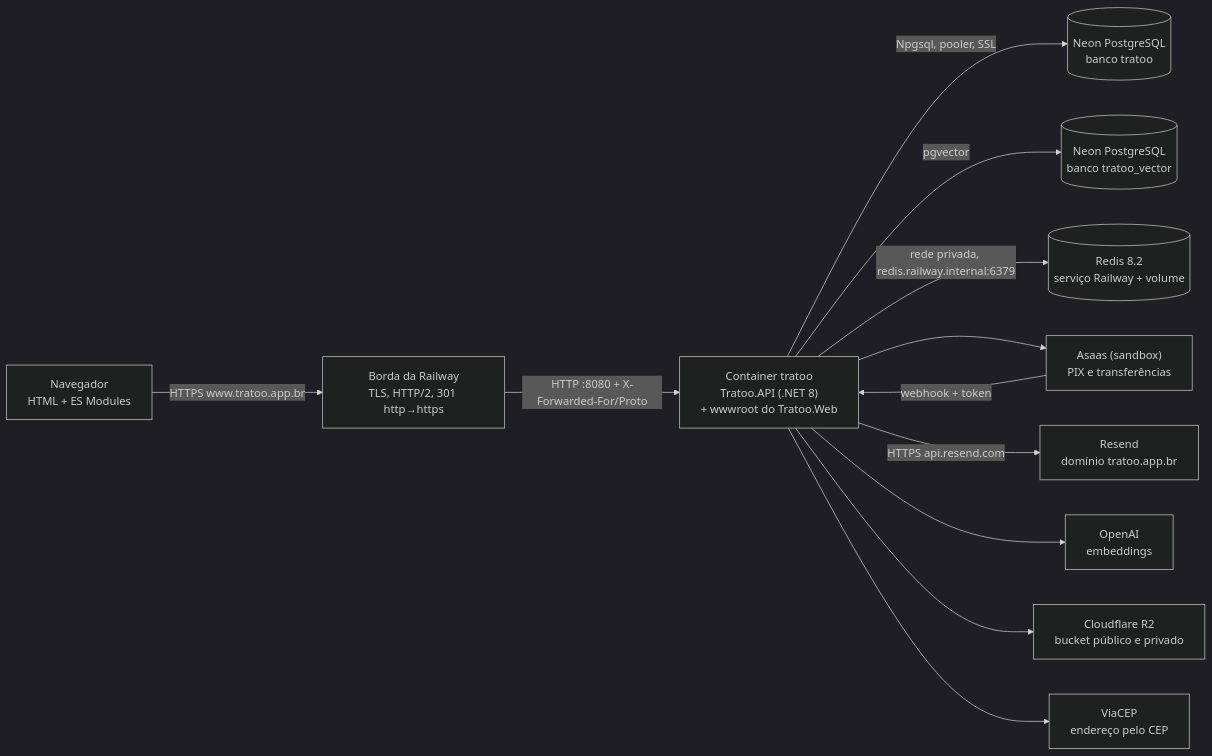
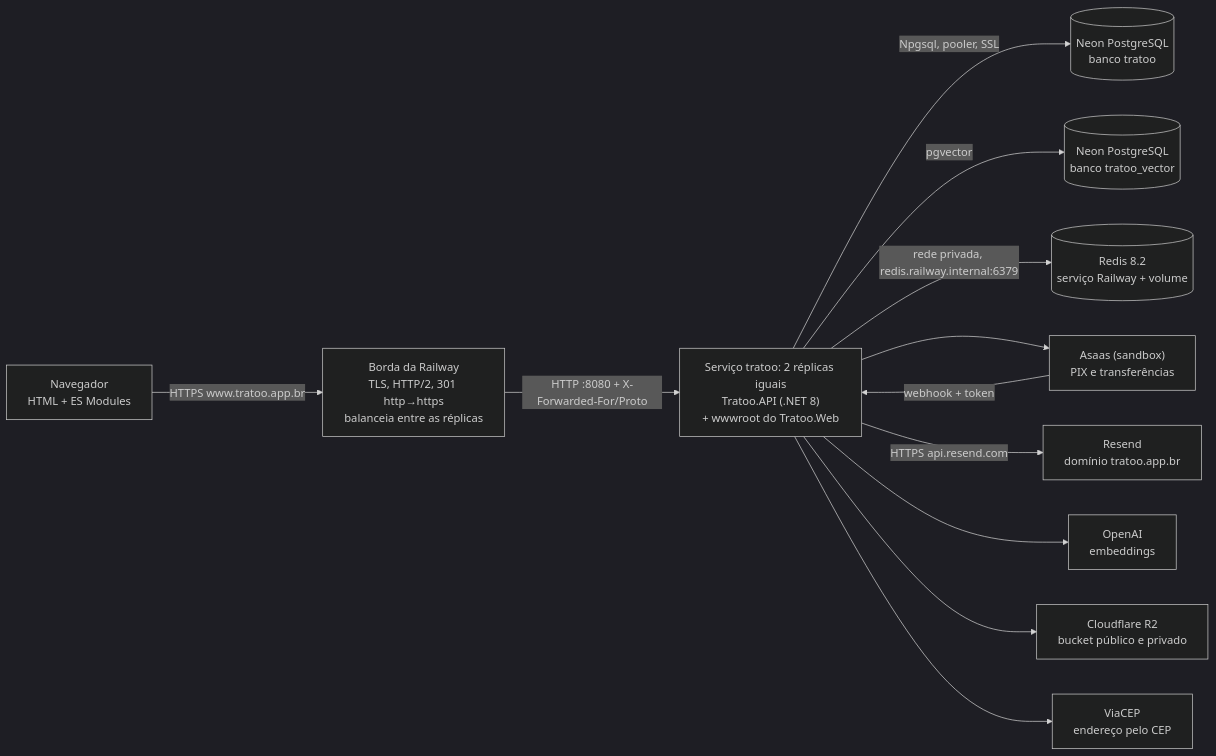
Before and after one commit to Gustavo-C-almeida/tratoo: the first of 9 diagrams in Docs/ARQUITETURA.md, drawn with Mermaid (dark theme). The commit also changed other lines of this file and 4 other files, not shown here.

````diff
--- a/Docs/ARQUITETURA.md
+++ b/Docs/ARQUITETURA.md
@@ -105,14 +113,14 @@
 ```mermaid
 flowchart LR
-    U["Navegador<br/>HTML + ES Modules"] -->|"HTTPS www.tratoo.app.br"| E["Borda da Railway<br/>TLS, HTTP/2, 301 http→https"]
-    E -->|"HTTP :8080 + X-Forwarded-For/Proto"| A["Container tratoo<br/>Tratoo.API (.NET 8)<br/>+ wwwroot do Tratoo.Web"]
+    U["Navegador<br/>HTML + ES Modules"] -->|"HTTPS www.tratoo.app.br"| E["Borda da Railway<br/>TLS, HTTP/2, 301 http→https<br/>balanceia entre as réplicas"]
+    E -->|"HTTP :8080 + X-Forwarded-For/Proto"| A["Serviço tratoo: 2 réplicas iguais<br/>Tratoo.API (.NET 8)<br/>+ wwwroot do Tratoo.Web"]
     A -->|"Npgsql, pooler, SSL"| N1[("Neon PostgreSQL<br/>banco tratoo")]
     A -->|"pgvector"| N2[("Neon PostgreSQL<br/>banco tratoo_vector")]
     A -->|"rede privada, redis.railway.internal:6379"| R[("Redis 8.2<br/>serviço Railway + volume")]
     A --> AS["Asaas (sandbox)<br/>PIX e transferências"]
     AS -->|"webhook + token"| A
     A -->|"HTTPS api.resend.com"| RS["Resend<br/>domínio tratoo.app.br"]
     A --> OA["OpenAI<br/>embeddings"]
     A --> R2["Cloudflare R2<br/>bucket público e privado"]
     A --> BR["ViaCEP<br/>endereço pelo CEP"]
 ```
````
